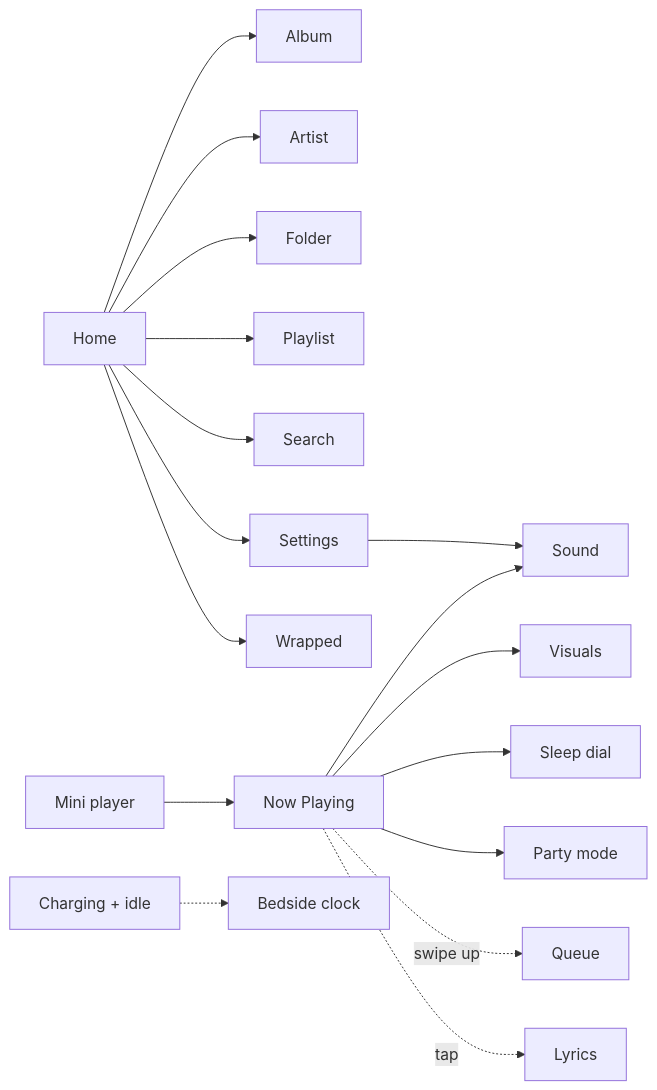
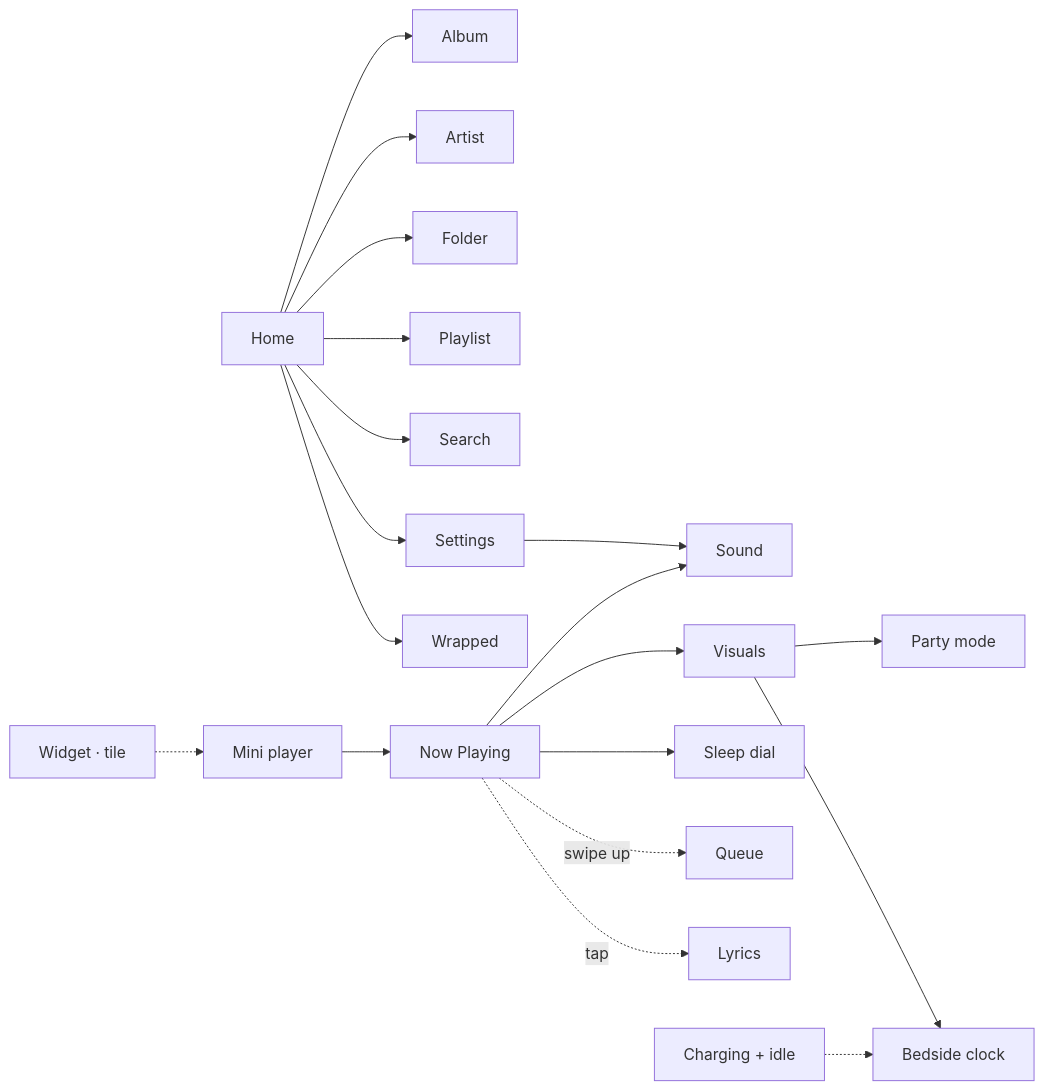
Before and after one commit to ShahadatTest/dot: the third of 6 diagrams in README.md, drawn with Mermaid. The commit also changed other lines of this file, not shown here.

Commit message:
update readme for balance, earphones, beat aligned blends, widget, tile and backup

````diff
--- a/README.md
+++ b/README.md
@@ -246,11 +266,13 @@
 ```mermaid
 flowchart LR
     Home --> Album & Artist & Folder & Playlist
     Home --> Search & Settings & Wrapped
     Settings --> Sound
     Mini["Mini player"] --> NP["Now Playing"]
-    NP --> Visuals & Sleep["Sleep dial"] & Sound & Party["Party mode"]
+    NP --> Visuals & Sleep["Sleep dial"] & Sound
+    Visuals --> Party["Party mode"] & Bedside
     NP -. "swipe up" .-> Queue
     NP -. "tap" .-> Lyrics
     Charging["Charging + idle"] -.-> Bedside["Bedside clock"]
+    Widget["Widget · tile"] -.-> Mini
 ```
````
